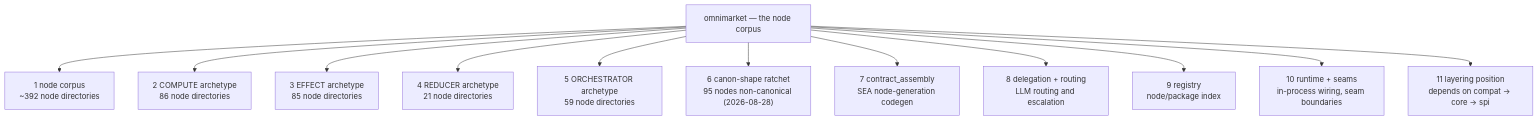
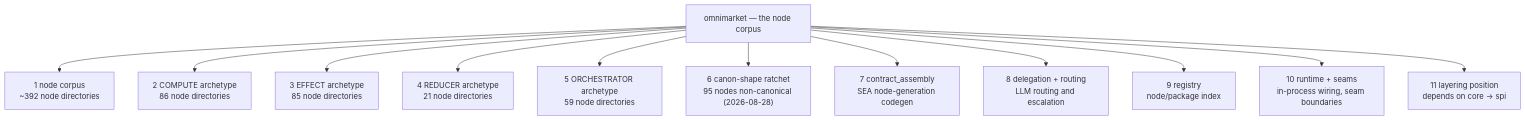
Diagram 33 of 33 in guides/tutorial-diagrams.md (OmniNode-ai/knowledge_base), drawn with Mermaid before and after one commit. The commit also changed other lines of this file and 36 other files, not shown here.

````diff
--- a/guides/tutorial-diagrams.md
+++ b/guides/tutorial-diagrams.md
@@ -2109,26 +2006,26 @@
 ```mermaid
 flowchart TB
   root["omnimarket — the node corpus"]
   n0["1 node corpus<br/>~392 node directories"]
   root --> n0
   n1["2 COMPUTE archetype<br/>86 node directories"]
   root --> n1
   n2["3 EFFECT archetype<br/>85 node directories"]
   root --> n2
   n3["4 REDUCER archetype<br/>21 node directories"]
   root --> n3
   n4["5 ORCHESTRATOR archetype<br/>59 node directories"]
   root --> n4
   n5["6 canon-shape ratchet<br/>95 nodes non-canonical (2026-08-28)"]
   root --> n5
   n6["7 contract_assembly<br/>SEA node-generation codegen"]
   root --> n6
   n7["8 delegation + routing<br/>LLM routing and escalation"]
   root --> n7
   n8["9 registry<br/>node/package index"]
   root --> n8
   n9["10 runtime + seams<br/>in-process wiring, seam boundaries"]
   root --> n9
-  n10["11 layering position<br/>depends on compat → core → spi"]
+  n10["11 layering position<br/>depends on core → spi"]
   root --> n10
 ```
````
